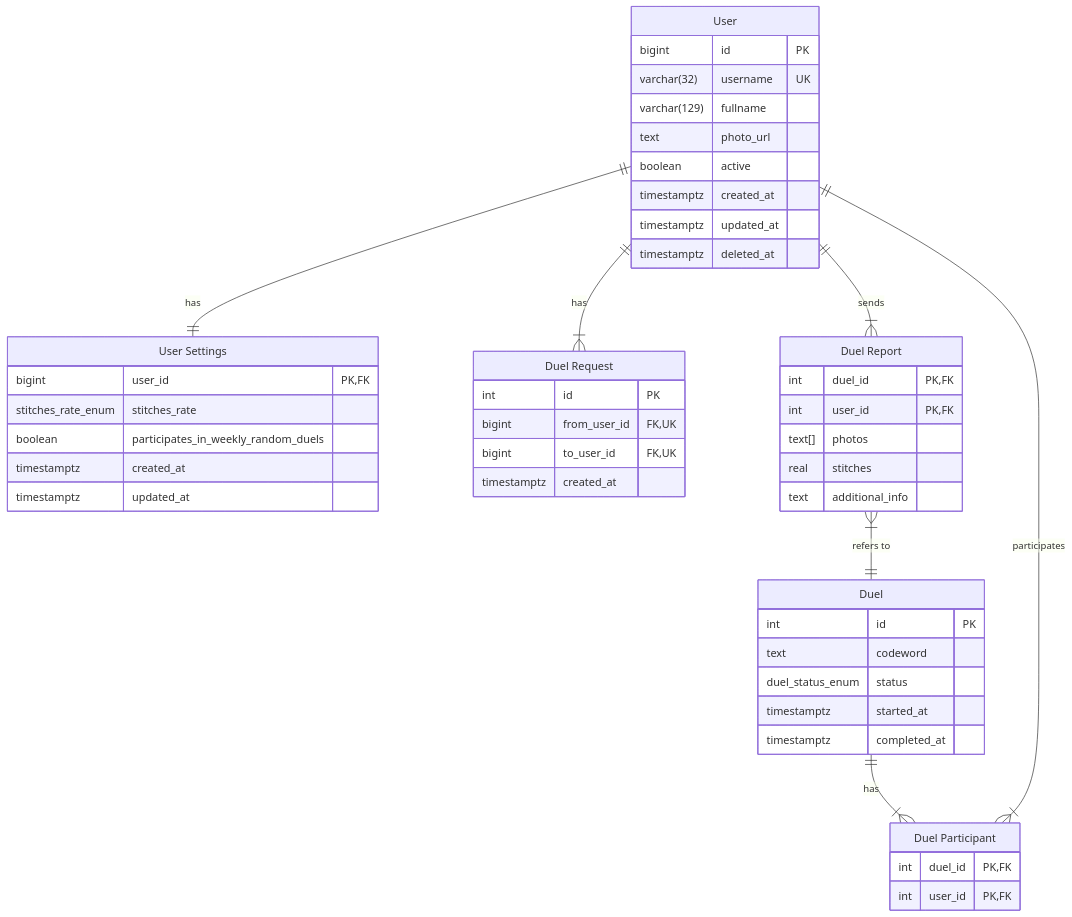
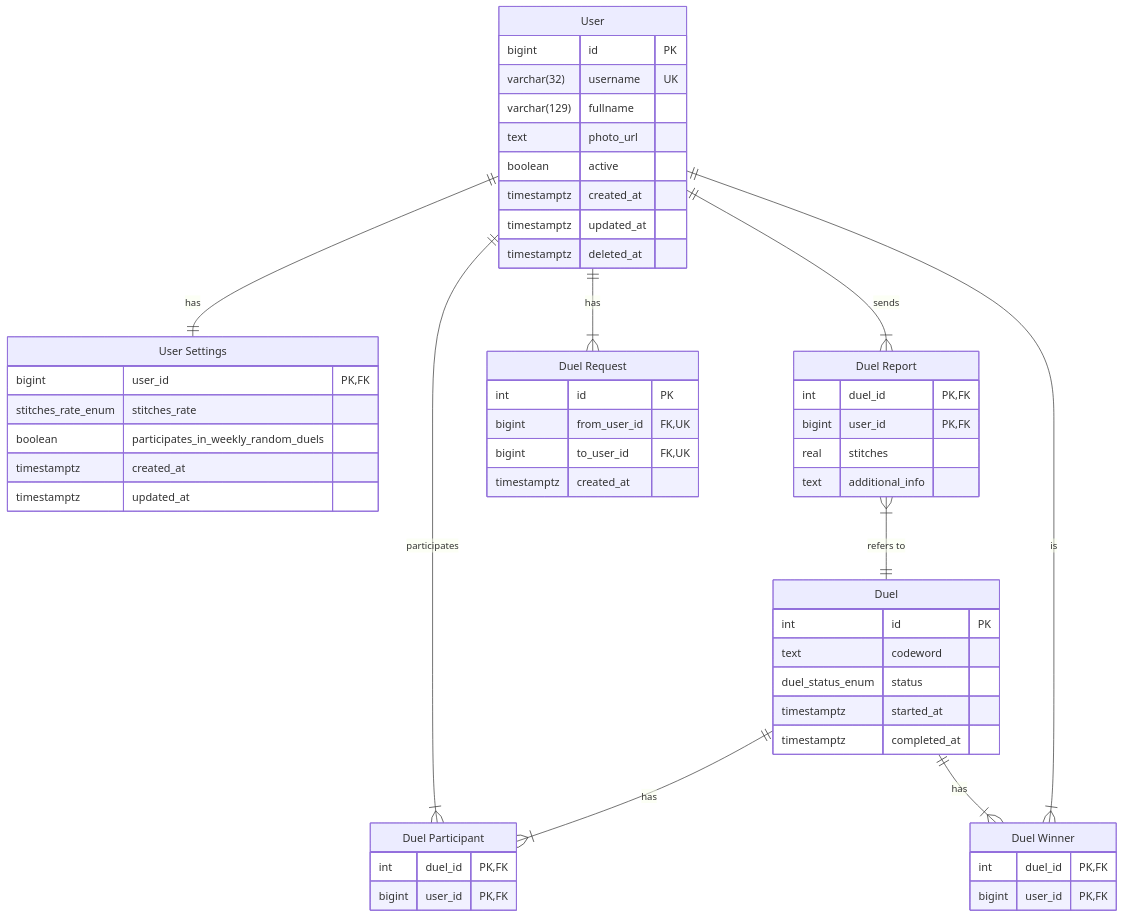
Before and after one commit to niusia-ua/cross-stitch-dueling-bot: the diagram in docs/database.md, drawn with Mermaid. The commit also changed 15 other files, not shown here.

````diff
--- a/docs/database.md
+++ b/docs/database.md
@@ -3,59 +3,66 @@
 ```mermaid
 erDiagram
   "User" {
     bigint id PK
     varchar(32) username UK
     varchar(129) fullname
     text photo_url
     boolean active
     timestamptz created_at
     timestamptz updated_at
     timestamptz deleted_at
   }
 
   "User Settings" {
     bigint user_id PK, FK
     stitches_rate_enum stitches_rate
     boolean participates_in_weekly_random_duels
     timestamptz created_at
     timestamptz updated_at
   }
 
   "Duel" {
     int id PK
     text codeword
     duel_status_enum status
     timestamptz started_at
     timestamptz completed_at
   }
 
   "Duel Request" {
     int id PK
     bigint from_user_id FK, UK
     bigint to_user_id FK, UK
     timestamptz created_at
   }
 
   "Duel Participant" {
     int duel_id PK, FK
-    int user_id PK, FK
+    bigint user_id PK, FK
   }
 
   "Duel Report" {
     int duel_id PK, FK
-    int user_id PK, FK
-    text[] photos
+    bigint user_id PK, FK
     real stitches
     text additional_info
+  }
+
+  "Duel Winner" {
+    int duel_id PK,FK
+    bigint user_id PK,FK
   }
 
   "User" ||--|| "User Settings" : "has"
 
   "Duel" ||--|{ "Duel Participant" : "has"
   "User" ||--|{ "Duel Participant" : "participates"
 
   "User" ||--|{ "Duel Request" : "has"
 
   "Duel Report" }|--|| "Duel" : "refers to"
   "User" ||--|{ "Duel Report" : "sends"
+
+  "User" ||--|{ "Duel Winner" : "is"
+  "Duel" ||--|{ "Duel Winner" : "has"
 ```
````
